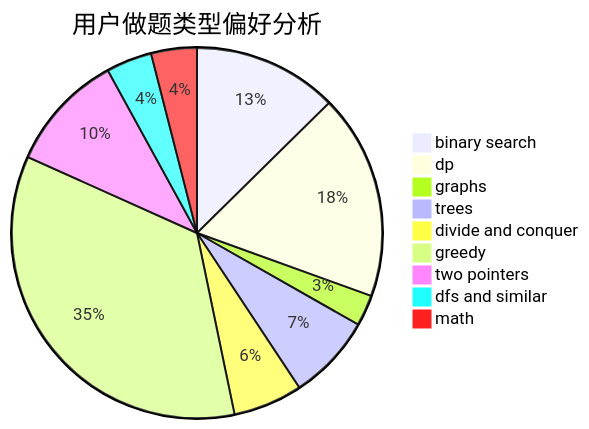
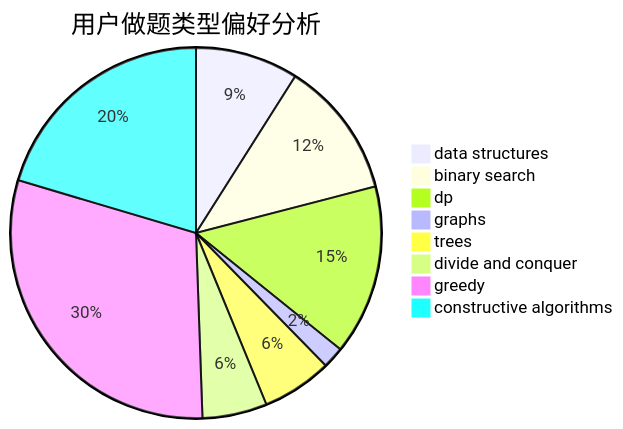
The second of 3 diagrams in docs/user/u123.md (sherpahu/cfrs.github.io), drawn with Mermaid before and after one commit. The commit also changed other lines of this file and 2775 other files, not shown here.

````diff
--- a/docs/user/u123.md
+++ b/docs/user/u123.md
@@ -23,12 +23,11 @@
 ```mermaid
 pie title 用户做题类型偏好分析
-    "binary search" :  196
-    "dp" :  278
-    "graphs" :  42
-    "trees" :  116
-    "divide and conquer" :  94
-    "greedy" :  543
-    "two pointers" :  160
-    "dfs and similar" :  62
-    "math" :  62
+    "data structures" :  129
+    "binary search" :  172
+    "dp" :  213
+    "graphs" :  27
+    "trees" :  88
+    "divide and conquer" :  81
+    "greedy" :  433
+    "constructive algorithms" :  293
 ```
````
